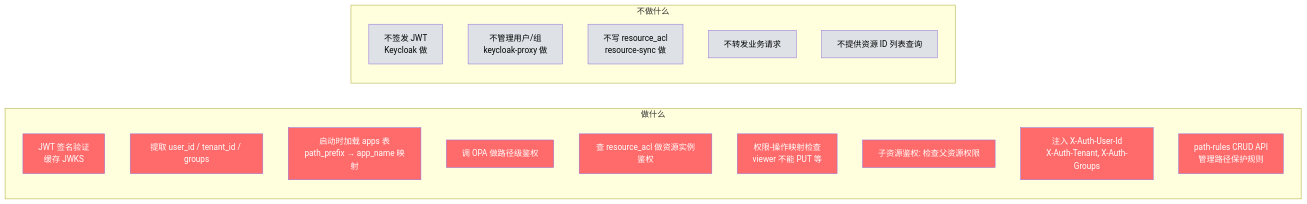
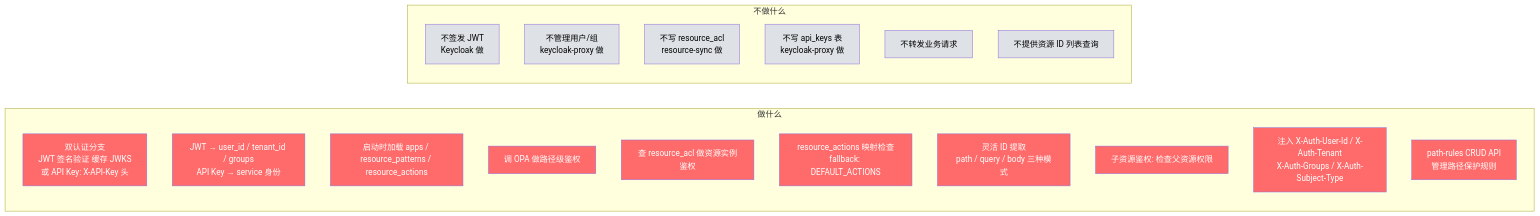
The third of 12 diagrams in diagrams/component-responsibility.md (xiewanchao/aidp-iam), drawn with Mermaid before and after one commit. The commit also changed other lines of this file and 2 other files, not shown here.

First line of the commit message:
docs: sync remaining design docs to v2.1 (API Key + flexible adaptation)

````diff
--- a/diagrams/component-responsibility.md
+++ b/diagrams/component-responsibility.md
@@ -123,37 +147,41 @@
 ```mermaid
 flowchart LR
     subgraph 做什么
-        A1[JWT 签名验证<br/>缓存 JWKS]
-        A2[提取 user_id / tenant_id / groups]
-        A3[启动时加载 apps 表<br/>path_prefix → app_name 映射]
+        A1[双认证分支<br/>JWT 签名验证 缓存 JWKS<br/>或 API Key: X-API-Key 头]
+        A2[JWT → user_id / tenant_id / groups<br/>API Key → service 身份]
+        A3[启动时加载 apps / resource_patterns / resource_actions]
         A4[调 OPA 做路径级鉴权]
         A5[查 resource_acl 做资源实例鉴权]
-        A6[权限-操作映射检查<br/>viewer 不能 PUT 等]
-        A7[子资源鉴权: 检查父资源权限]
-        A8[注入 X-Auth-User-Id<br/>X-Auth-Tenant, X-Auth-Groups]
-        A9[path-rules CRUD API<br/>管理路径保护规则]
+        A6[resource_actions 映射检查<br/>fallback: DEFAULT_ACTIONS]
+        A7[灵活 ID 提取<br/>path / query / body 三种模式]
+        A8[子资源鉴权: 检查父资源权限]
+        A9[注入 X-Auth-User-Id / X-Auth-Tenant<br/>X-Auth-Groups / X-Auth-Subject-Type]
+        A10[path-rules CRUD API<br/>管理路径保护规则]
     end
 
     subgraph 不做什么
         B1[不签发 JWT<br/>Keycloak 做]
         B2[不管理用户/组<br/>keycloak-proxy 做]
         B3[不写 resource_acl<br/>resource-sync 做]
-        B4[不转发业务请求]
-        B5[不提供资源 ID 列表查询]
+        B4[不写 api_keys 表<br/>keycloak-proxy 做]
+        B5[不转发业务请求]
+        B6[不提供资源 ID 列表查询]
     end
 
     style A1 fill:#ff6b6b,color:#fff
     style A2 fill:#ff6b6b,color:#fff
     style A3 fill:#ff6b6b,color:#fff
     style A4 fill:#ff6b6b,color:#fff
     style A5 fill:#ff6b6b,color:#fff
     style A6 fill:#ff6b6b,color:#fff
     style A7 fill:#ff6b6b,color:#fff
     style A8 fill:#ff6b6b,color:#fff
     style A9 fill:#ff6b6b,color:#fff
+    style A10 fill:#ff6b6b,color:#fff
     style B1 fill:#dee2e6,color:#000
     style B2 fill:#dee2e6,color:#000
     style B3 fill:#dee2e6,color:#000
     style B4 fill:#dee2e6,color:#000
     style B5 fill:#dee2e6,color:#000
+    style B6 fill:#dee2e6,color:#000
 ```
````
